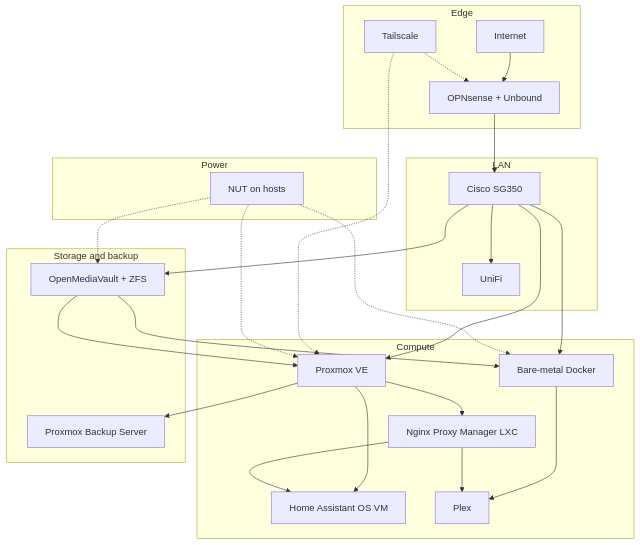
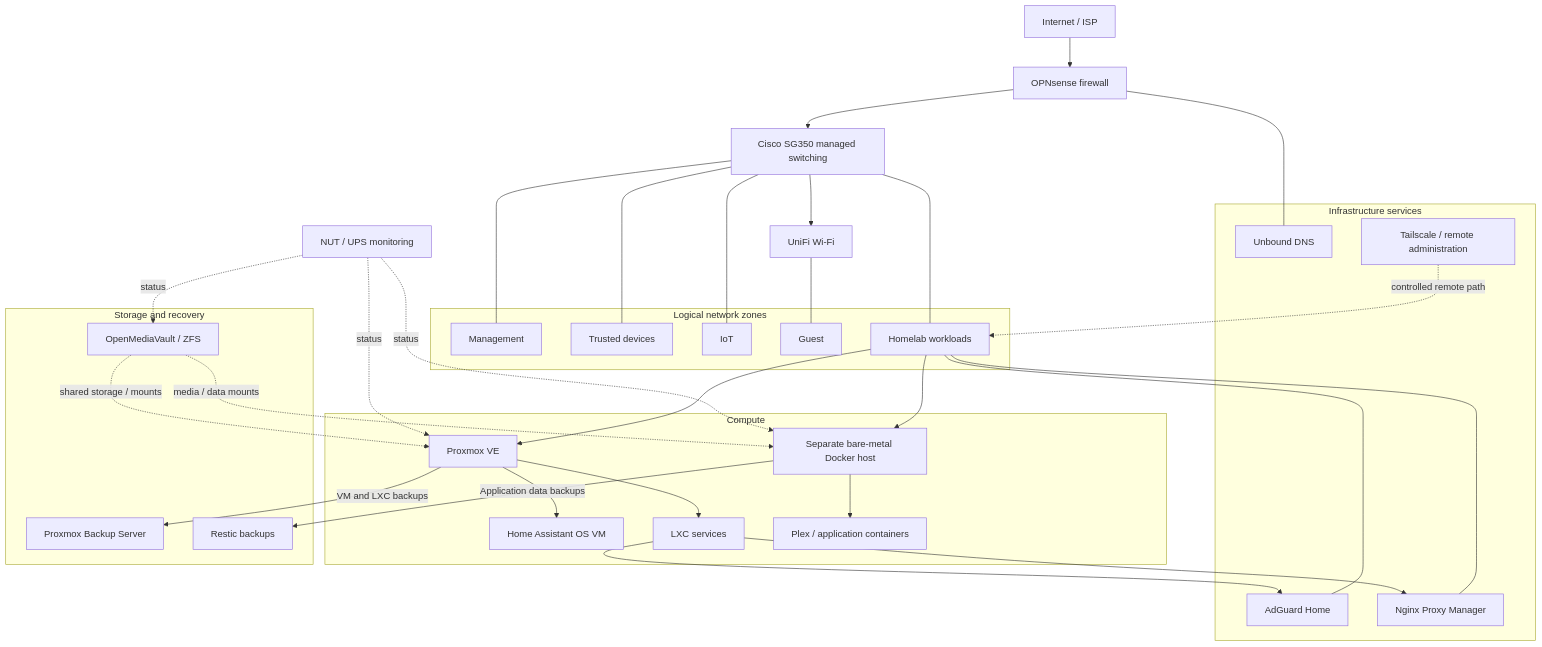
Before and after one commit to Kochilin/infrastructure-projects: the diagram in homelab/architecture.md, drawn with Mermaid. The commit also changed other lines of this file, not shown here.

Commit message:
Improve portfolio technical accuracy: homelab/architecture.md

````diff
--- a/homelab/architecture.md
+++ b/homelab/architecture.md
@@ -5,50 +5,60 @@
 ```mermaid
 flowchart TB
-  subgraph edge [Edge]
-    WAN[Internet]
-    FW[OPNsense + Unbound]
-    TS[Tailscale]
+  NET[Internet / ISP] --> FW[OPNsense firewall]
+  FW --> SW[Cisco SG350 managed switching]
+  SW --> AP[UniFi Wi-Fi]
+
+  subgraph zones [Logical network zones]
+    MGMT[Management]
+    TRUST[Trusted devices]
+    IOT[IoT]
+    GUEST[Guest]
+    LAB[Homelab workloads]
   end
 
-  subgraph lan [LAN]
-    SW[Cisco SG350]
-    WIFI[UniFi]
+  SW --- MGMT
+  SW --- TRUST
+  SW --- IOT
+  AP --- GUEST
+  SW --- LAB
+
+  subgraph infra [Infrastructure services]
+    UB[Unbound DNS]
+    AG[AdGuard Home]
+    TS[Tailscale / remote administration]
+    NPM[Nginx Proxy Manager]
   end
+  FW --- UB
+  LAB --- AG
+  LAB --- NPM
+  TS -. controlled remote path .-> LAB
 
   subgraph compute [Compute]
     PVE[Proxmox VE]
-    HAVM[Home Assistant OS VM]
-    NPMLXC[Nginx Proxy Manager LXC]
-    DOCKER[Bare-metal Docker]
-    PLEX[Plex]
+    HA[Home Assistant OS VM]
+    LX[LXC services]
+    DOCKER[Separate bare-metal Docker host]
+    PLEX[Plex / application containers]
   end
+  LAB --> PVE
+  LAB --> DOCKER
+  PVE --> HA
+  PVE --> LX
+  LX --> AG
+  LX --> NPM
+  DOCKER --> PLEX
 
-  subgraph storage [Storage and backup]
-    OMV[OpenMediaVault + ZFS]
+  subgraph recovery [Storage and recovery]
+    OMV[OpenMediaVault / ZFS]
     PBS[Proxmox Backup Server]
+    RESTIC[Restic backups]
   end
+  PVE -->|VM and LXC backups| PBS
+  DOCKER -->|Application data backups| RESTIC
+  OMV -. shared storage / mounts .-> PVE
+  OMV -. media / data mounts .-> DOCKER
 
-  subgraph power [Power]
-    NUT[NUT on hosts]
-  end
-
-  WAN --> FW
-  FW --> SW
-  SW --> WIFI
-  SW --> PVE
-  SW --> DOCKER
-  SW --> OMV
-  TS -.-> FW
-  TS -.-> PVE
-  PVE --> HAVM
-  PVE --> NPMLXC
-  PVE --> PBS
-  DOCKER --> PLEX
-  OMV --> PVE
-  OMV --> DOCKER
-  NPMLXC --> HAVM
-  NPMLXC --> PLEX
-  NUT -.-> PVE
-  NUT -.-> DOCKER
-  NUT -.-> OMV
+  UPS[NUT / UPS monitoring] -. status .-> PVE
+  UPS -. status .-> DOCKER
+  UPS -. status .-> OMV
 ```
````
